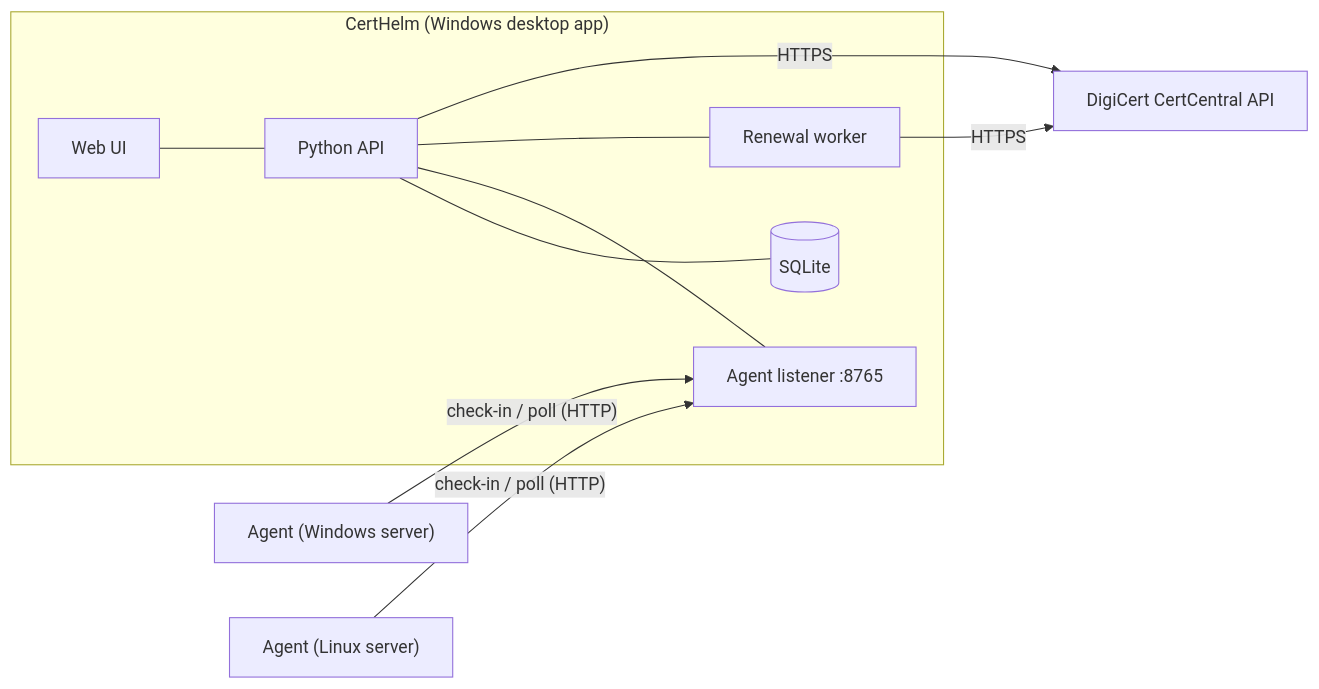
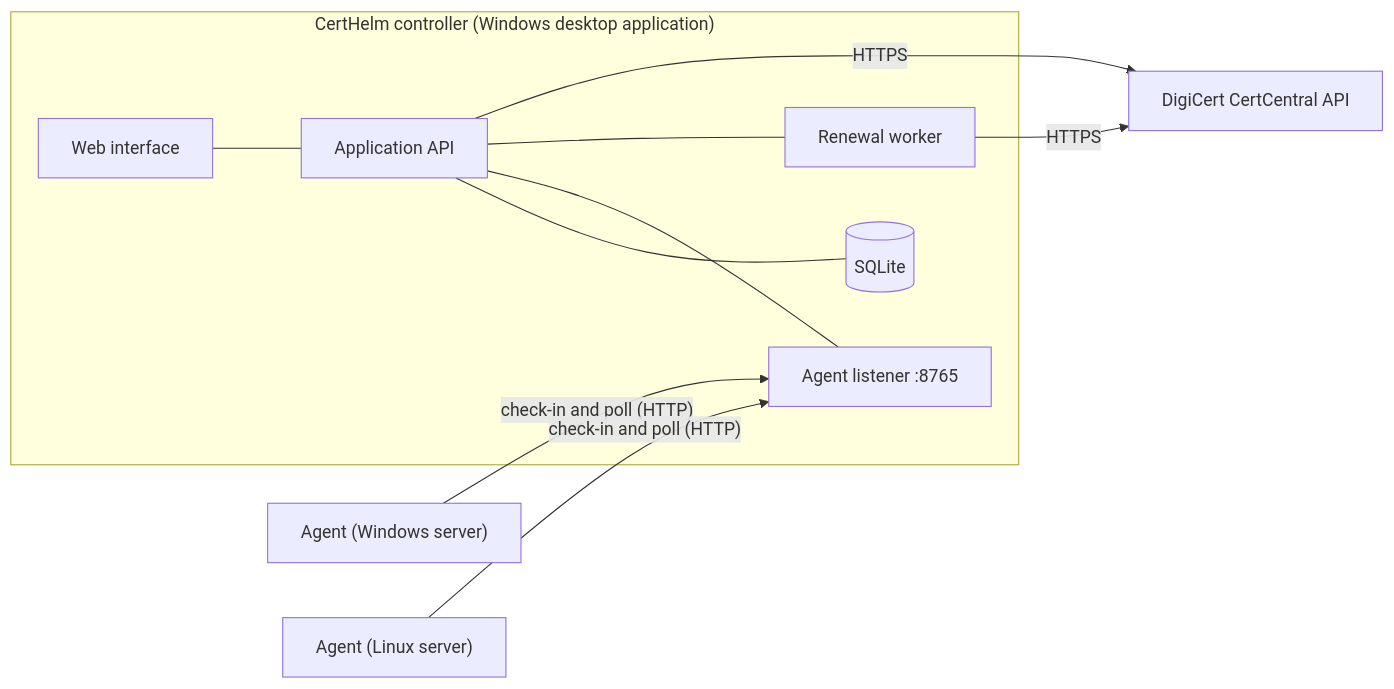
The diagram in README.md (abdouhanafi/certhelm), drawn with Mermaid before and after one commit. The commit also changed other lines of this file and 5 other files, not shown here.

````diff
--- a/README.md
+++ b/README.md
@@ -37,13 +63,13 @@
 ```mermaid
 flowchart LR
-    subgraph Desktop["CertHelm (Windows desktop app)"]
-        UI["Web UI"] --- API["Python API"]
+    subgraph Controller["CertHelm controller (Windows desktop application)"]
+        UI["Web interface"] --- API["Application API"]
         API --- DB[("SQLite")]
         API --- L["Agent listener :8765"]
         API --- W["Renewal worker"]
     end
     API -- HTTPS --> DC["DigiCert CertCentral API"]
     W -- HTTPS --> DC
-    A1["Agent (Windows server)"] -- "check-in / poll (HTTP)" --> L
-    A2["Agent (Linux server)"] -- "check-in / poll (HTTP)" --> L
+    A1["Agent (Windows server)"] -- "check-in and poll (HTTP)" --> L
+    A2["Agent (Linux server)"] -- "check-in and poll (HTTP)" --> L
 ```
````
